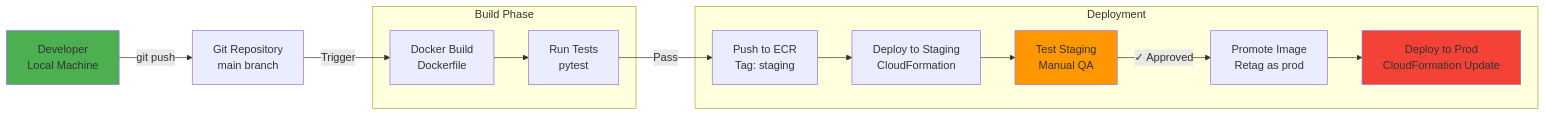
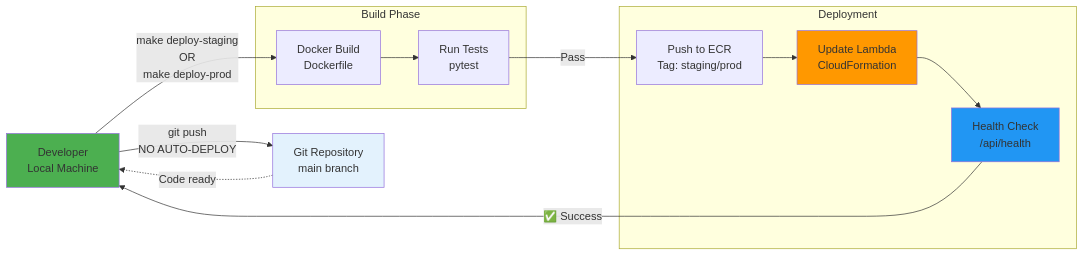
One commit to fibbonacciBear/gym_app changed the eighth of 17 diagrams in infrastructure/AWS_DEPLOYMENT_ARCHITECTURE.md. Above: the diagram before and after it, drawn with Mermaid. The commit also changed other lines of this file and 57 other files, not shown here.

````diff
--- a/infrastructure/AWS_DEPLOYMENT_ARCHITECTURE.md
+++ b/infrastructure/AWS_DEPLOYMENT_ARCHITECTURE.md
@@ -371,31 +365,30 @@
 ```mermaid
 graph LR
     Dev[Developer<br/>Local Machine]
     Git[Git Repository<br/>main branch]
     
     subgraph Build["Build Phase"]
         Docker[Docker Build<br/>Dockerfile]
         Test[Run Tests<br/>pytest]
     end
     
     subgraph Deploy["Deployment"]
-        ECR[Push to ECR<br/>Tag: staging]
-        CFStaging[Deploy to Staging<br/>CloudFormation]
-        TestStaging[Test Staging<br/>Manual QA]
-        Promote[Promote Image<br/>Retag as prod]
-        CFProd[Deploy to Prod<br/>CloudFormation Update]
+        ECR[Push to ECR<br/>Tag: staging/prod]
+        CFDeploy[Update Lambda<br/>CloudFormation]
+        HealthCheck[Health Check<br/>/api/health]
     end
     
-    Dev -->|git push| Git
-    Git -->|Trigger| Docker
+    Dev -->|git push<br/>NO AUTO-DEPLOY| Git
+    Git -.->|Code ready| Dev
+    Dev -->|make deploy-staging<br/>OR<br/>make deploy-prod| Docker
     Docker --> Test
     Test -->|Pass| ECR
-    ECR --> CFStaging
-    CFStaging --> TestStaging
-    TestStaging -->|✓ Approved| Promote
-    Promote --> CFProd
+    ECR --> CFDeploy
+    CFDeploy --> HealthCheck
+    HealthCheck -->|✅ Success| Dev
     
     style Dev fill:#4CAF50
-    style TestStaging fill:#FF9800
-    style CFProd fill:#F44336
+    style Git fill:#E3F2FD
+    style CFDeploy fill:#FF9800
+    style HealthCheck fill:#2196F3
 ```
````
